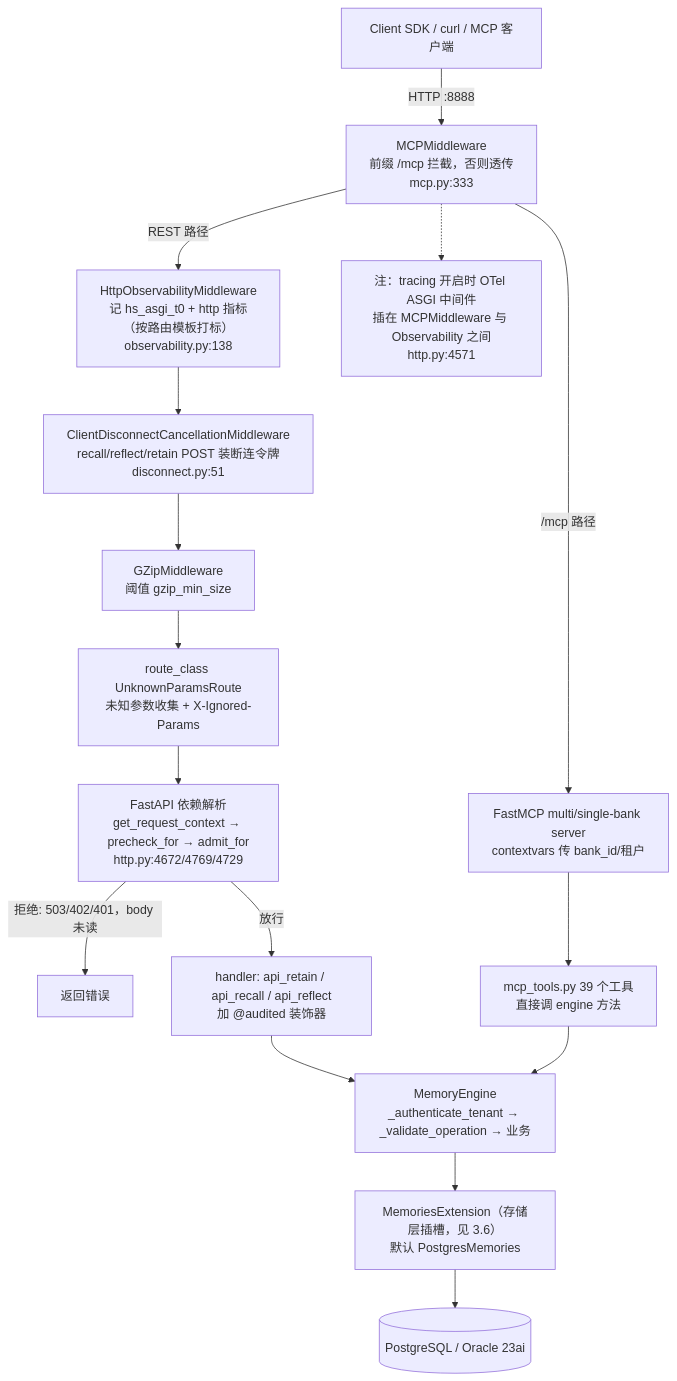
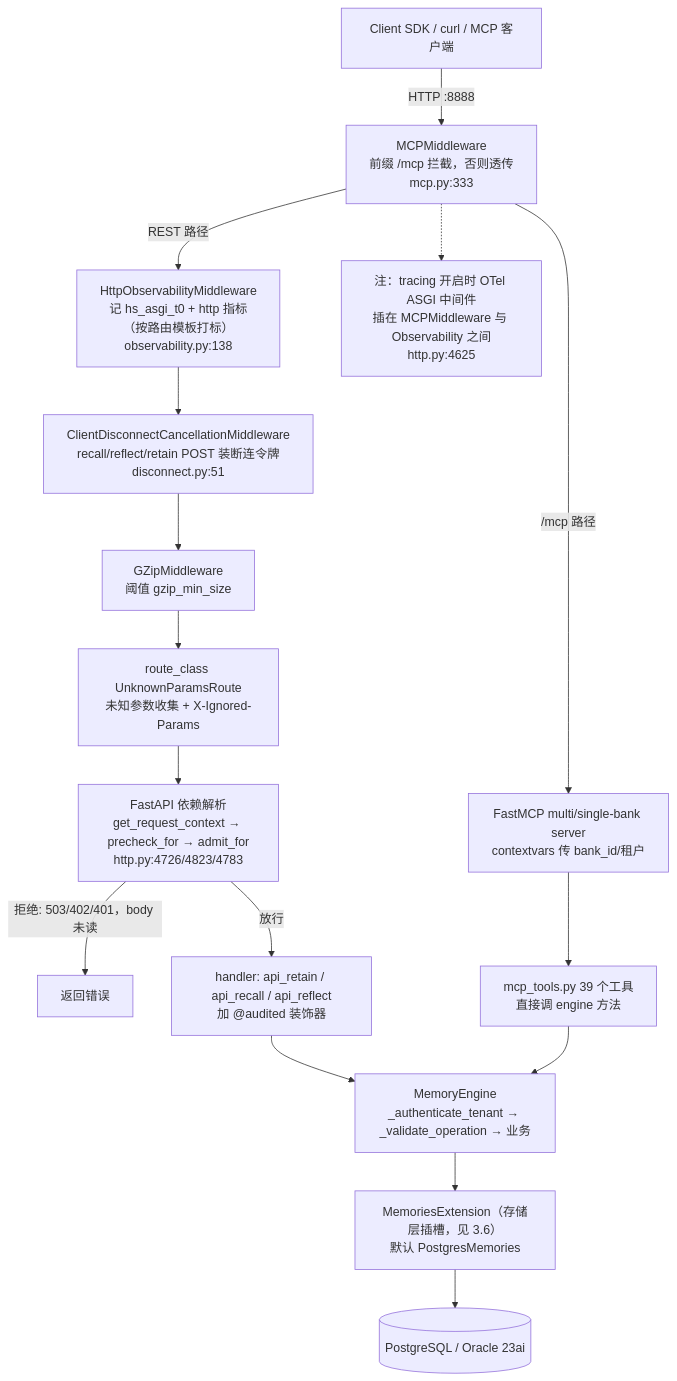
One commit to stefanv5/memory-platform-architecture changed the third of 7 diagrams in docs/hindsight/source-study/06-api-层与服务形态.md. Above: the diagram before and after it, drawn with Mermaid. The commit also changed other lines of this file and 10 other files, not shown here.

````diff
--- a/docs/hindsight/source-study/06-api-层与服务形态.md
+++ b/docs/hindsight/source-study/06-api-层与服务形态.md
@@ -286,18 +283,18 @@
 ```mermaid
 flowchart TD
     C["Client SDK / curl / MCP 客户端"] -->|"HTTP :8888"| MW1["MCPMiddleware<br/>前缀 /mcp 拦截，否则透传<br/>mcp.py:333"]
     MW1 -->|"REST 路径"| MW2["HttpObservabilityMiddleware<br/>记 hs_asgi_t0 + http 指标（按路由模板打标）<br/>observability.py:138"]
     MW2 --> MW3["ClientDisconnectCancellationMiddleware<br/>recall/reflect/retain POST 装断连令牌<br/>disconnect.py:51"]
     MW3 --> MW4["GZipMiddleware<br/>阈值 gzip_min_size"]
     MW4 --> ROUTE["route_class UnknownParamsRoute<br/>未知参数收集 + X-Ignored-Params"]
-    ROUTE --> DEP["FastAPI 依赖解析<br/>get_request_context → precheck_for → admit_for<br/>http.py:4672/4769/4729"]
+    ROUTE --> DEP["FastAPI 依赖解析<br/>get_request_context → precheck_for → admit_for<br/>http.py:4726/4823/4783"]
     DEP -->|"拒绝: 503/402/401，body 未读"| OUT["返回错误"]
     DEP -->|"放行"| HANDLER["handler: api_retain / api_recall / api_reflect<br/>加 @audited 装饰器"]
     HANDLER --> ENG["MemoryEngine<br/>_authenticate_tenant → _validate_operation → 业务"]
     ENG --> MEMO["MemoriesExtension（存储层插槽，见 3.6）<br/>默认 PostgresMemories"]
     MEMO --> DB[("PostgreSQL / Oracle 23ai")]
     MW1 -->|"/mcp 路径"| FASTMCP["FastMCP multi/single-bank server<br/>contextvars 传 bank_id/租户"]
-    MW1 -.-> OTELNOTE["注：tracing 开启时 OTel ASGI 中间件<br/>插在 MCPMiddleware 与 Observability 之间<br/>http.py:4571"]
+    MW1 -.-> OTELNOTE["注：tracing 开启时 OTel ASGI 中间件<br/>插在 MCPMiddleware 与 Observability 之间<br/>http.py:4625"]
     FASTMCP --> TOOLS["mcp_tools.py 39 个工具<br/>直接调 engine 方法"]
     TOOLS --> ENG
 ```
````
